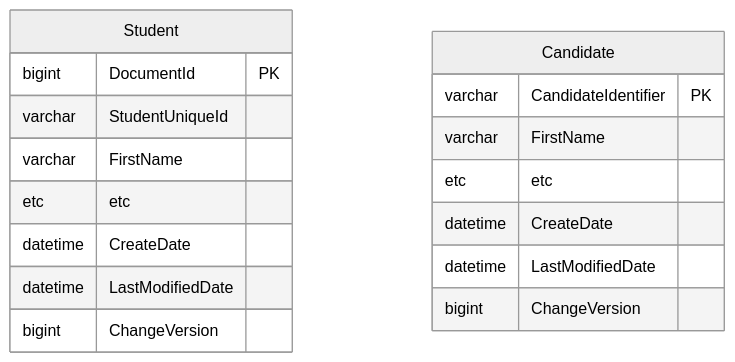
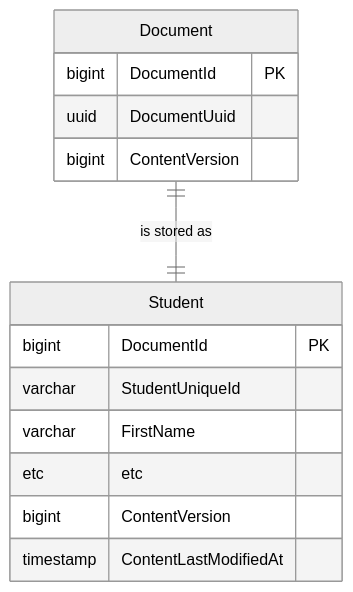
Before and after one commit to Ed-Fi-Alliance-OSS/ed-fi-alliance-oss.github.io: the first of 2 diagrams in odsApi_versioned_docs/version-8/platform-dev-guide/features/changed-record-queries.md, drawn with Mermaid (neutral theme). The commit also changed other lines of this file and 74 other files, not shown here.

````diff
--- a/odsApi_versioned_docs/version-8/platform-dev-guide/features/changed-record-queries.md
+++ b/odsApi_versioned_docs/version-8/platform-dev-guide/features/changed-record-queries.md
@@ -34,21 +35,19 @@
 ```mermaid
 erDiagram
+    Document ||--|| Student : "is stored as"
+
+    Document {
+        bigint DocumentId PK
+        uuid DocumentUuid
+        bigint ContentVersion
+    }
+
     Student {
         bigint DocumentId PK
         varchar StudentUniqueId
         varchar FirstName
         etc etc
-        datetime CreateDate
-        datetime LastModifiedDate
-        bigint ChangeVersion
-    }
-
-    Candidate {
-        varchar CandidateIdentifier PK
-        varchar FirstName
-        etc etc
-        datetime CreateDate
-        datetime LastModifiedDate
-        bigint ChangeVersion
+        bigint ContentVersion
+        timestamp ContentLastModifiedAt
     }
 ```
````
